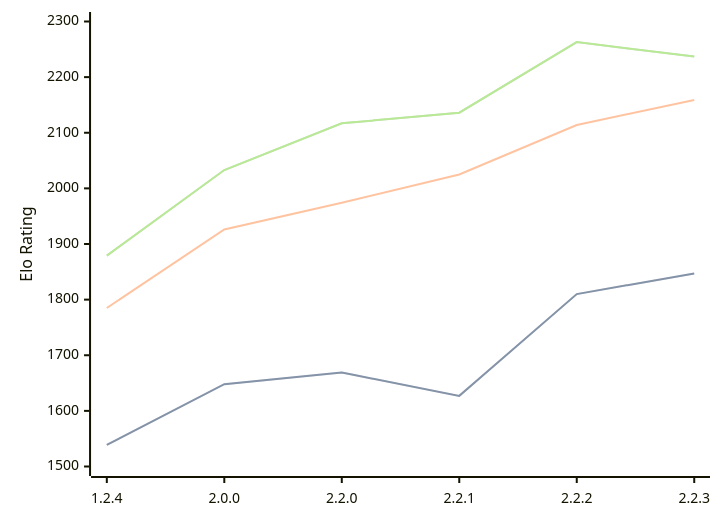
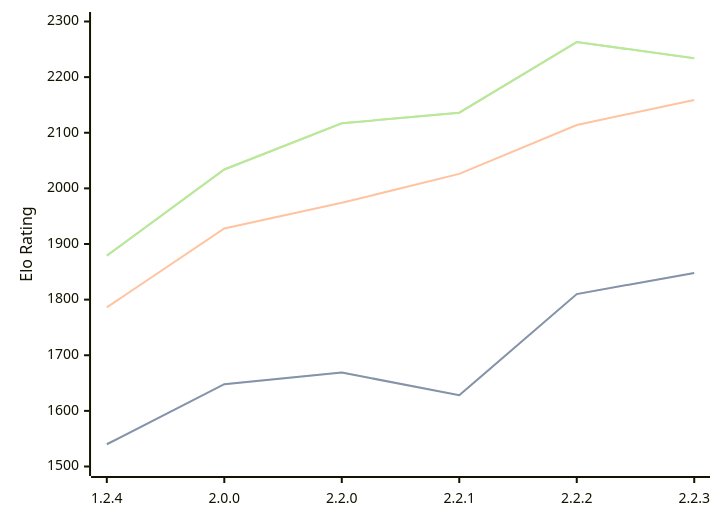
One commit to computer-chess-index/cci changed the diagram in engines/Kreveta.md. Above: the diagram before and after it, drawn with Mermaid. The commit also changed other lines of this file, not shown here.

Commit message:
Update CCI Ratings (ELO VLTC) - 2026-02-16

````diff
--- a/engines/Kreveta.md
+++ b/engines/Kreveta.md
@@ -36,11 +36,11 @@
 ```mermaid
 %%{init: {"theme":"base","themeVariables":{"seriesColors:['#a3a3a3','#222221','#faa371']}}}%%
 xychart-beta
   x-axis ["1.2.4", "2.0.0", "2.2.0", "2.2.1", "2.2.2", "2.2.3"]
   y-axis "Elo Rating" 1500 --> 2300
-  line "STC (8.0+0.08s)" [1539, 1648, 1669, 1627, 1810, 1847]
-  line "STC (8.0+0.08s)" [1539, 1648, 1669, 1627, 1810, 1847]
-  line "LTC (60.0+0.60s)" [1785, 1926, 1974, 2025, 2114, 2159]
-  line "VLTC (2m24s+1.12s)" [1879, 2033, 2117, 2136, 2263, 2237]
-  line "VLTC (2m24s+1.12s)" [1879, 2033, 2117, 2136, 2263, 2237]
+  line "STC (8.0+0.08s)" [1540, 1648, 1669, 1628, 1810, 1848]
+  line "STC (8.0+0.08s)" [1540, 1648, 1669, 1628, 1810, 1848]
+  line "LTC (60.0+0.60s)" [1786, 1928, 1974, 2026, 2114, 2159]
+  line "VLTC (2m24s+1.12s)" [1879, 2034, 2117, 2136, 2263, 2234]
+  line "VLTC (2m24s+1.12s)" [1879, 2034, 2117, 2136, 2263, 2234]
 ```
````
